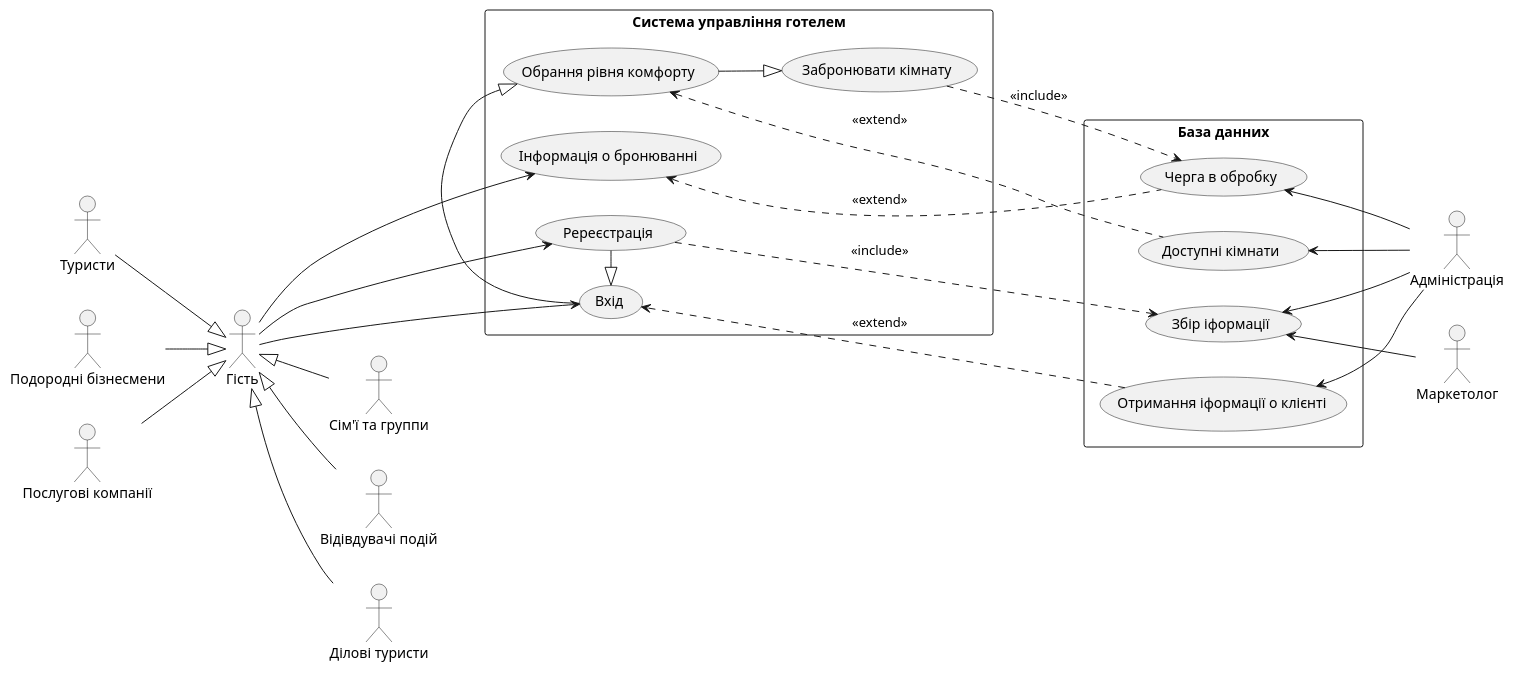
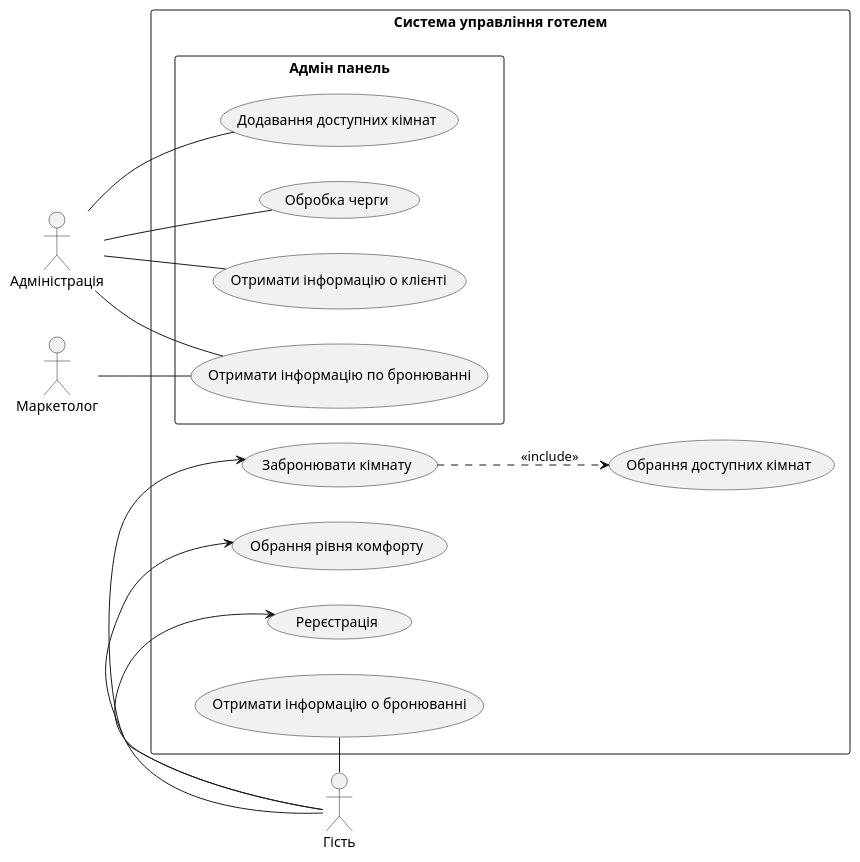
The diagram in Semester4/SoftwareArchitecture/lab2/restoranUseCase.puml (Tezlaa/AcademicWork), drawn with PlantUML before and after one commit.

Commit message:
change use case diagram

```diff
--- a/Semester4/SoftwareArchitecture/lab2/restoranUseCase.puml
+++ b/Semester4/SoftwareArchitecture/lab2/restoranUseCase.puml
@@ -1,66 +1,37 @@
 @startuml
+
 left to right direction
 
 actor "Адміністрація" as admin
 actor "Маркетолог" as marketing
 actor "Гість" as guest
 
-actor "Туристи" as act_t
-actor "Подородні бізнесмени" as act_t_b
-actor "Сім'ї та группи" as act_f_a_g
-actor "Відівдувачі подій" as act_e_v
-actor "Ділові туристи" as act_b_t
-actor "Послугові компанії" as act_s_c
-
-guest <|-- act_b_t 
-guest <|-- act_e_v
-guest <|-- act_f_a_g
-act_s_c --|> guest
-act_t_b --|> guest
-act_t --|> guest
-
-
-rectangle "База данних" {
-  usecase "Збір іформації" as collect_data
-  usecase "Отримання іформації о клієнті" as receive_client_info
-
-  usecase "Доступні кімнати" as available_rooms
-
-  usecase "Черга в обробку" as queue
-
-  admin -up-> available_rooms
-  admin -up-> queue
-  admin -up-> collect_data
-  admin -up-> receive_client_info
-
-  marketing -up-> collect_data
-}
-
 
 rectangle "Система управління готелем" {
-  usecase "Вхід" as login
-  usecase "Ререєстрація" as register
+  rectangle "Адмін панель" {
+    usecase "Додавання доступних кімнат" as added_available_rooms
+    usecase "Обробка черги" as processing_queue
+    usecase "Отримати інформацію о клієнті" as get_user_info
+    usecase "Отримати інформацію по бронюванні" as get_book_info
 
-  usecase "Обрання рівня комфорту" as comfort_level
+    admin -- added_available_rooms
+    admin -- processing_queue
+    admin -- get_book_info
+    admin -- get_user_info
+    marketing -- get_book_info
+  }
+  usecase "Рерєстрація" as register
   usecase "Забронювати кімнату" as book_room
+  usecase "Обрання рівня комфорту" as select_comfort_level
+  usecase "Отримати інформацію о бронюванні" as get_user_book_info
+  usecase "Обрання доступних кімнат" as select_available_rooms
 
-  usecase "Інформація о бронюванні" as book_info
-
-  guest ---> register
-  register -|> login
-  register ...> collect_data: <<include>>
-  receive_client_info ...> login: <<extend>> 
-
-  guest ---> login
-  login -|> comfort_level
-  comfort_level --|> book_room
-  comfort_level <.. available_rooms : <<extend>>
-  book_room ...> queue : <<include>>
-
-  book_info <--- guest
-  book_info <. queue : <<extend>>
-
+  guest -> book_room
+  book_room ..> select_available_rooms: <<include>>
+  guest -> select_comfort_level
+  guest -> register
+  guest - get_user_book_info
 }
 
 
 @enduml
```
